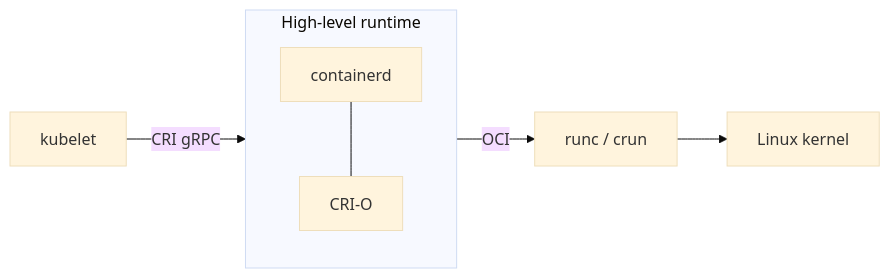
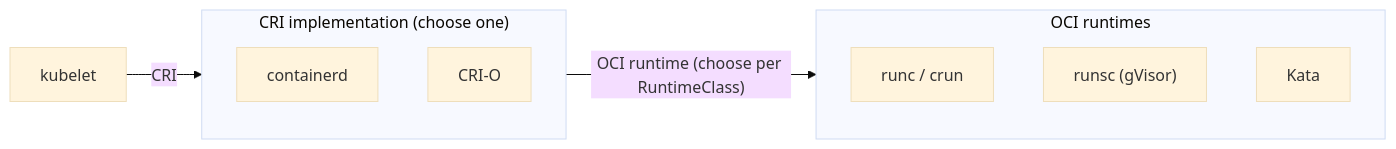
The fourth of 7 diagrams in github-pages/docs/technology/container-runtimes.md (AndrewAltimit/Documentation), drawn with Mermaid (base theme) before and after one commit. The commit also changed other lines of this file and 240 other files, not shown here.

````diff
--- a/github-pages/docs/technology/container-runtimes.md
+++ b/github-pages/docs/technology/container-runtimes.md
@@ -131,9 +226,14 @@
 ```mermaid
 flowchart LR
-    KUBELET[kubelet] -->|CRI gRPC| RT
-    subgraph RT["High-level runtime"]
-        CD[containerd] --- CRIO[CRI-O]
+    K["kubelet"] -->|CRI| RT
+    subgraph RT["CRI implementation (choose one)"]
+        CD["containerd"]
+        CRIO["CRI-O"]
     end
-    RT -->|OCI| OCI["runc / crun"]
-    OCI --> K[Linux kernel]
+    RT -->|"OCI runtime (choose per RuntimeClass)"| OCI
+    subgraph OCI["OCI runtimes"]
+        R["runc / crun"]
+        G["runsc (gVisor)"]
+        KA["Kata"]
+    end
 ```
````
